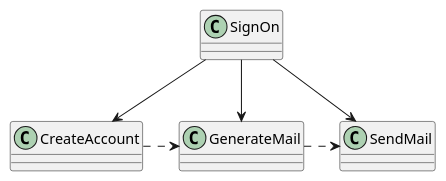
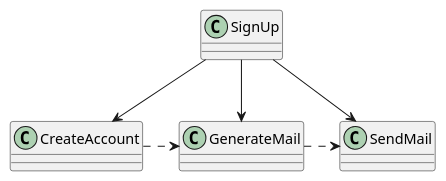
Before and after one commit to enolive/mock-heuristics: the diagram in images/simple-collaborator.puml, drawn with PlantUML. The commit also changed 1 other file, not shown here.

```diff
--- a/images/simple-collaborator.puml
+++ b/images/simple-collaborator.puml
@@ -1,9 +1,9 @@
 @startuml
 
-SignOn -down-> CreateAccount
-SignOn -down-> GenerateMail
-SignOn -down-> SendMail
+SignUp -down-> CreateAccount
+SignUp -down-> GenerateMail
+SignUp -down-> SendMail
 CreateAccount .right.> GenerateMail
 GenerateMail .right.> SendMail
 
 @enduml
```
